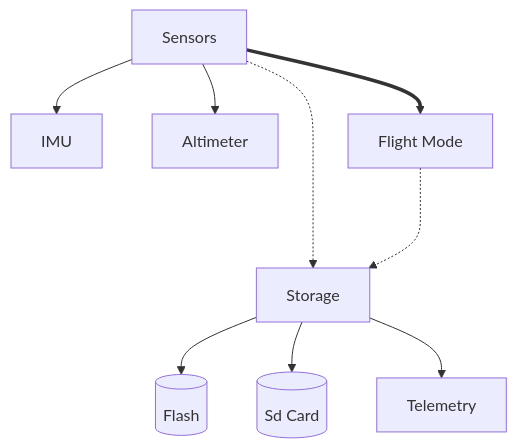
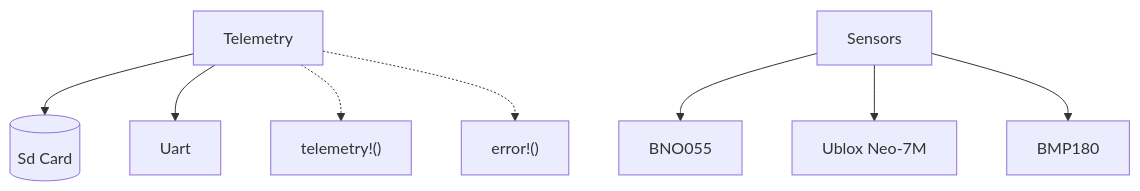
One commit to PedromcaMartins/Model-Rocket-Flight-Computer changed the diagram in docs/architecture.mmd. Above: the diagram before and after it, drawn with Mermaid. The commit also changed 1 other file, not shown here.

Commit message:
refactor: update architecture diagram to include new sensors and logger structure

```diff
--- a/docs/architecture.mmd
+++ b/docs/architecture.mmd
@@ -1,18 +1,15 @@
 flowchart TD
-    A[Storage]
-    A --> B[(Flash)]
-    A --> C[(Sd Card)]
-    A --> H[Telemetry]
+    A[Telemetry]
+    %% A --> Flash[(Flash)]
+    A --> SdCard[(Sd Card)]
+    A --> Uart
+    %% A --> OLED
+    A -.-> macro_telemetry!["telemetry!()"]
+    A -.-> macro_error!["error!()"]
 
-    D[Sensors]
-    D --> E[IMU]
-    D --> F[Altimeter]
-    D ==> G
-    D -..-> A
+    %% FlightMode[Flight Mode]
 
-    %% I[Kalman Filter]
-    %% I ==> G
-    %% I -..-> A
-
-    G[Flight Mode]
-    G -..->A
+    B[Sensors]
+    B --> IMU[BNO055]
+    B --> GPS[Ublox Neo-7M]
+    B --> Barometer[BMP180]
```
